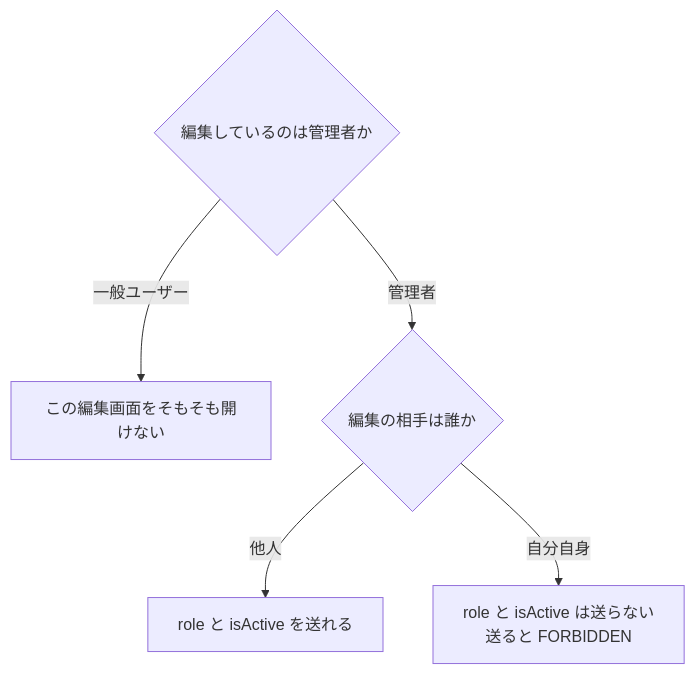
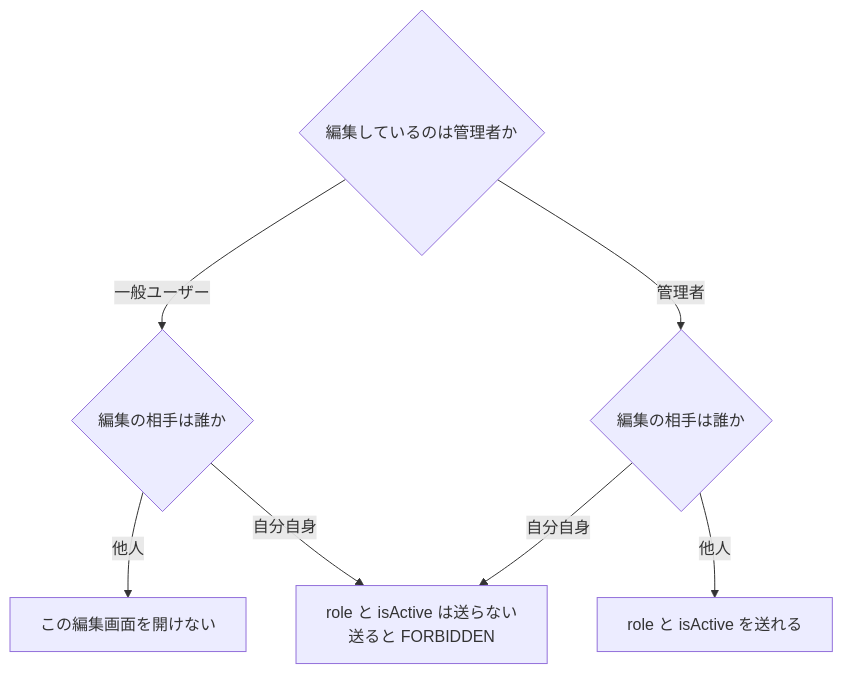
Before and after one commit to kouiso/task-app: the second of 3 diagrams in material/30days-curriculum/day29_ユーザー詳細・編集ページを作ろう.md, drawn with Mermaid. The commit also changed other lines of this file and 247 other files, not shown here.

````diff
--- a/material/30days-curriculum/day29_ユーザー詳細・編集ページを作ろう.md
+++ b/material/30days-curriculum/day29_ユーザー詳細・編集ページを作ろう.md
@@ -1410,8 +1412,10 @@
 ```mermaid
 flowchart TB
     A{"編集しているのは管理者か"}
-    A -->|"一般ユーザー"| N1["この編集画面をそもそも開けない"]
+    A -->|"一般ユーザー"| C{"編集の相手は誰か"}
+    C -->|"他人"| N1["この編集画面を開けない"]
+    C -->|"自分自身"| NG
     A -->|"管理者"| B{"編集の相手は誰か"}
     B -->|"他人"| OK["role と isActive を送れる"]
     B -->|"自分自身"| NG["role と isActive は送らない<br/>送ると FORBIDDEN"]
 ```
````
